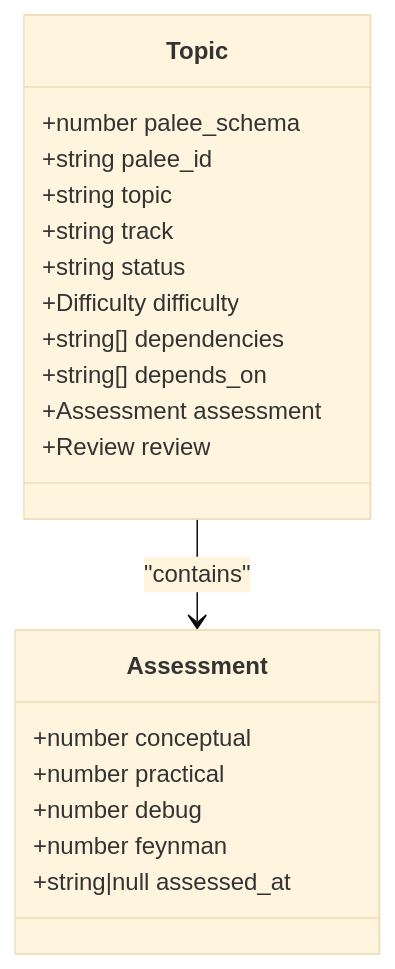
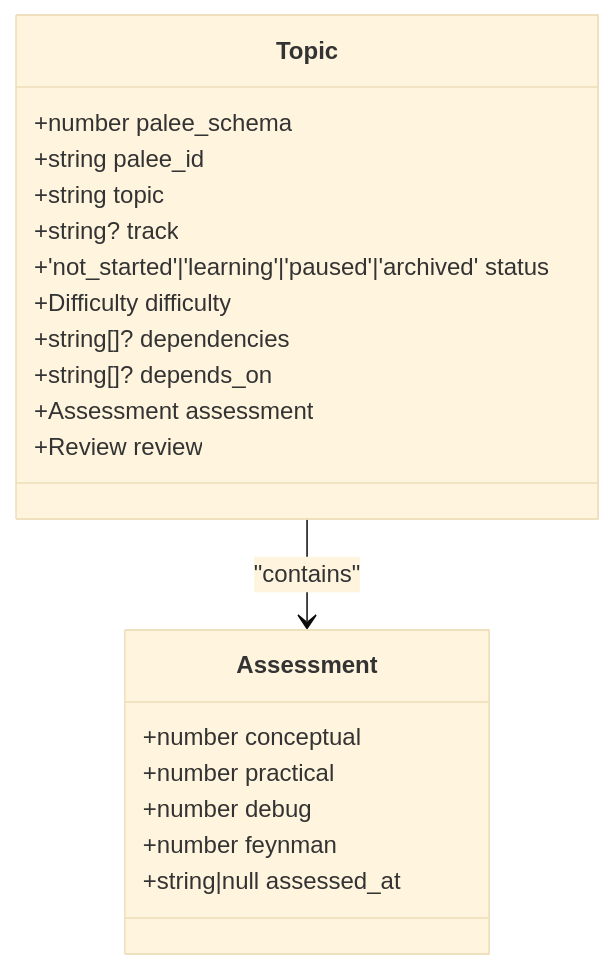
Before and after one commit to Kuldeep2822k/palee-architecture: the third of 10 diagrams in Data Models and Types/Assessment Model.md, drawn with Mermaid (base theme). The commit also changed other lines of this file and 7 other files, not shown here.

````diff
--- a/Data Models and Types/Assessment Model.md
+++ b/Data Models and Types/Assessment Model.md
@@ -124,25 +123,25 @@
 ```mermaid
 classDiagram
     class Assessment {
         +number conceptual
         +number practical
         +number debug
         +number feynman
         +string|null assessed_at
     }
 
     class Topic {
         +number palee_schema
         +string palee_id
         +string topic
-        +string track
-        +string status
+        +string? track
+        +'not_started'|'learning'|'paused'|'archived' status
         +Difficulty difficulty
-        +string[] dependencies
-        +string[] depends_on
+        +string[]? dependencies
+        +string[]? depends_on
         +Assessment assessment
         +Review review
     }
 
     Topic --> Assessment : "contains"
 ```
````
